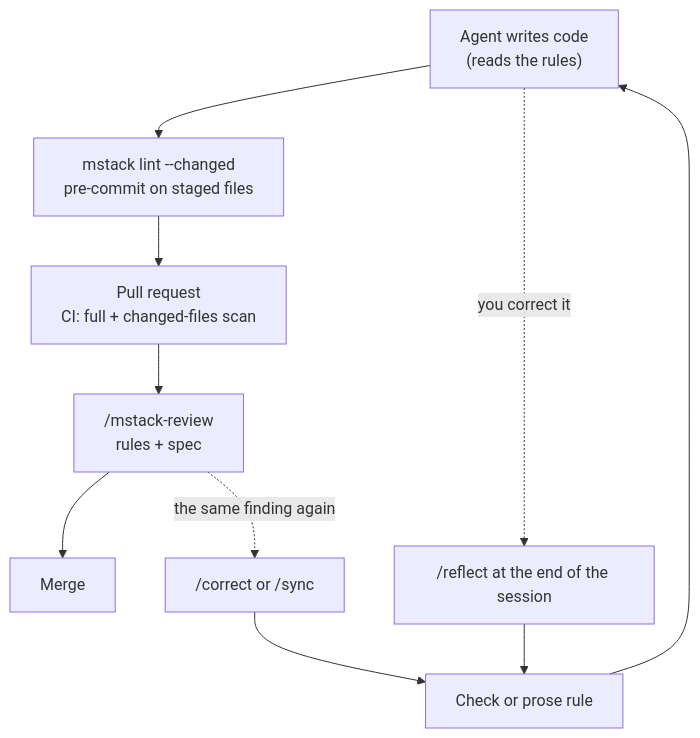
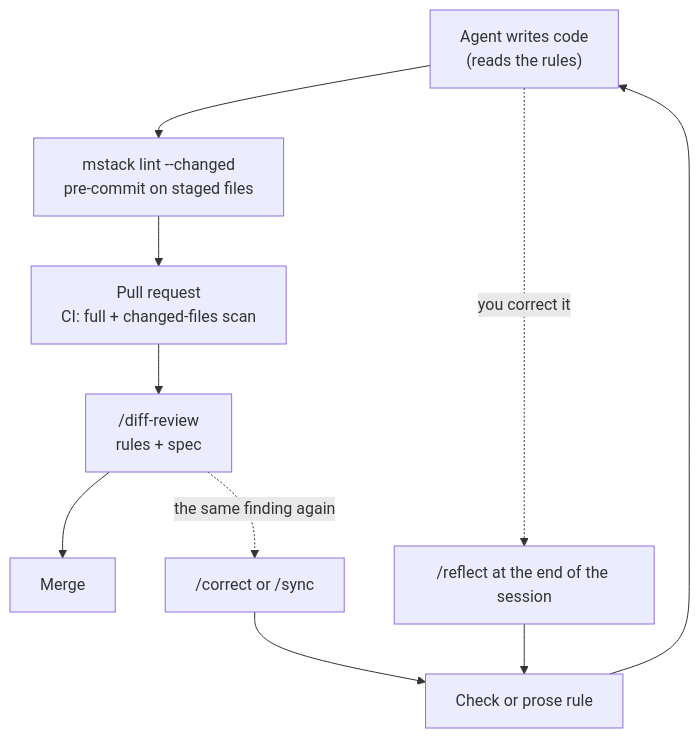
Before and after one commit to justmatias/mstack: the second of 2 diagrams in docs/workflow.md, drawn with Mermaid. The commit also changed other lines of this file and 8 other files, not shown here.

Commit message:
feat(skills): rename review command to diff-review

````diff
--- a/docs/workflow.md
+++ b/docs/workflow.md
@@ -58,12 +58,12 @@
 ```mermaid
 flowchart TD
     write["Agent writes code<br/>(reads the rules)"] --> local["mstack lint --changed<br/>pre-commit on staged files"]
     local --> pr["Pull request<br/>CI: full + changed-files scan"]
-    pr --> rev["/mstack-review<br/>rules + spec"]
+    pr --> rev["/diff-review<br/>rules + spec"]
     rev --> merge["Merge"]
     write -. "you correct it" .-> refl["/reflect at the end of the session"]
     rev -. "the same finding again" .-> corr["/correct or /sync"]
     refl --> rules["Check or prose rule"]
     corr --> rules
     rules --> write
 ```
````
